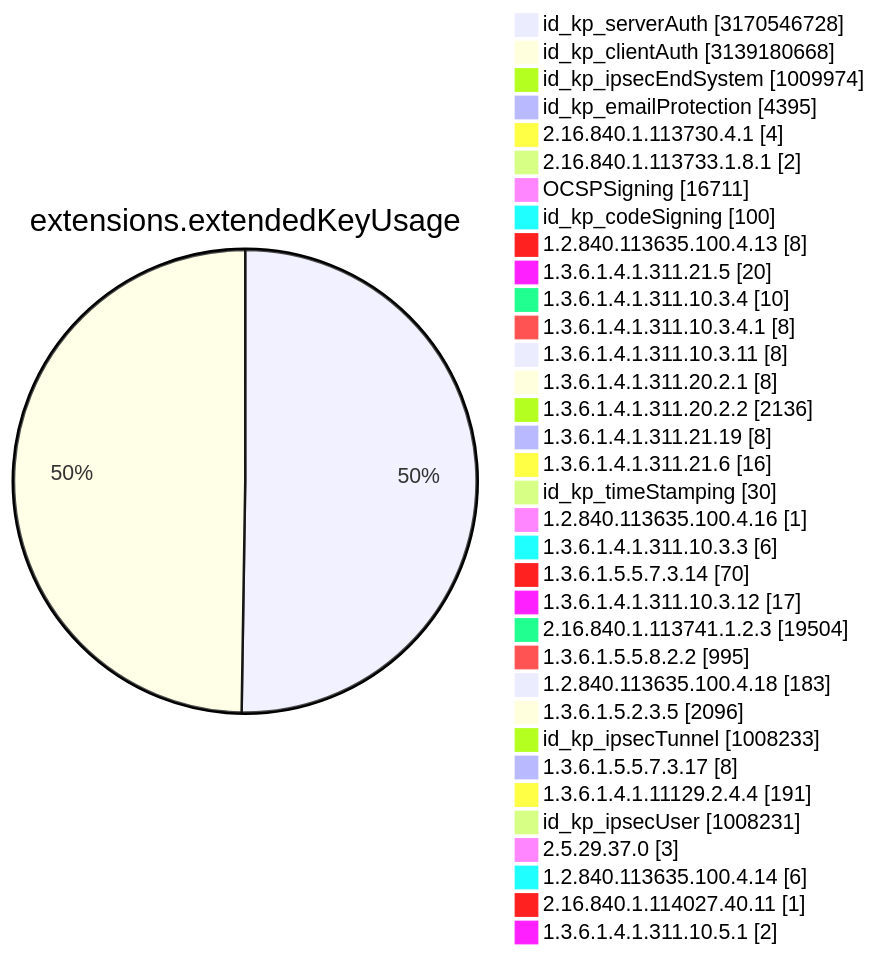
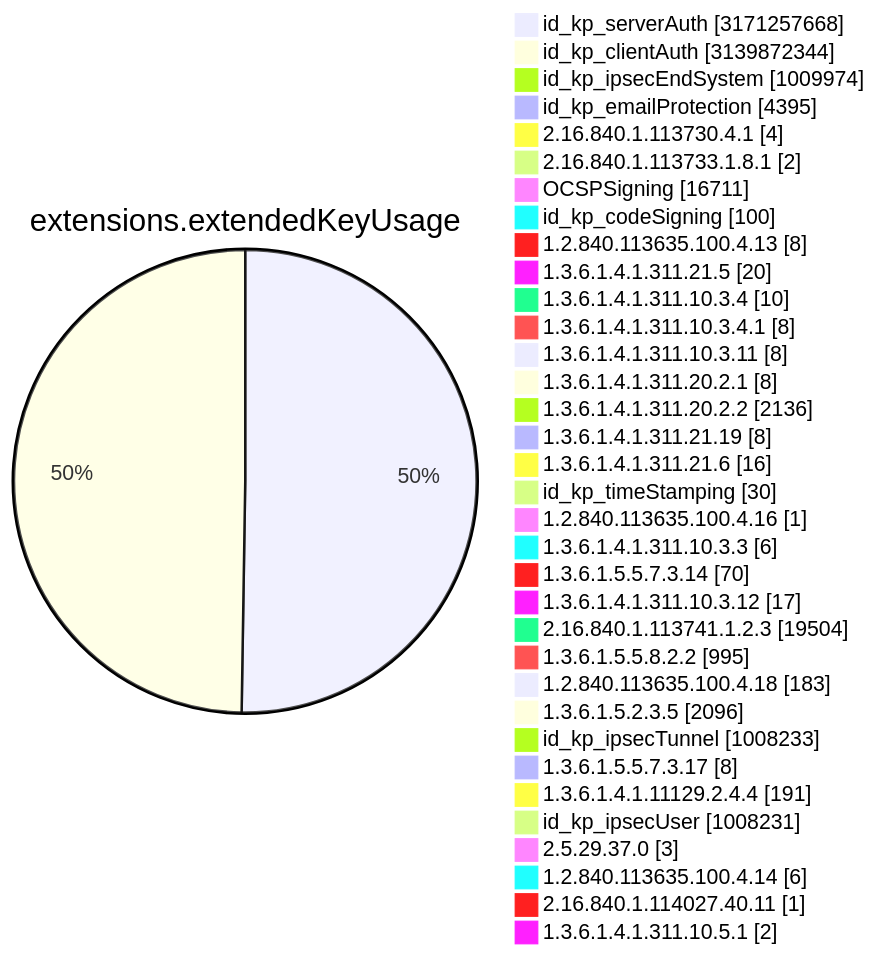
Before and after one commit to christiankrug/ctmonitor_visualization: diagram 11 of 15 in TOTAL/README.md, drawn with Mermaid. The commit also changed other lines of this file, not shown here.

````diff
--- a/TOTAL/README.md
+++ b/TOTAL/README.md
@@ -4119,38 +4119,38 @@
 ```mermaid
 pie showData
 title extensions.extendedKeyUsage
-"id_kp_serverAuth" :3170546728
-"id_kp_clientAuth" :3139180668
+"id_kp_serverAuth" :3171257668
+"id_kp_clientAuth" :3139872344
 "id_kp_ipsecEndSystem" :1009974
 "id_kp_emailProtection" :4395
 "2.16.840.1.113730.4.1" :4
 "2.16.840.1.113733.1.8.1" :2
 "OCSPSigning" :16711
 "id_kp_codeSigning" :100
 "1.2.840.113635.100.4.13" :8
 "1.3.6.1.4.1.311.21.5" :20
 "1.3.6.1.4.1.311.10.3.4" :10
 "1.3.6.1.4.1.311.10.3.4.1" :8
 "1.3.6.1.4.1.311.10.3.11" :8
 "1.3.6.1.4.1.311.20.2.1" :8
 "1.3.6.1.4.1.311.20.2.2" :2136
 "1.3.6.1.4.1.311.21.19" :8
 "1.3.6.1.4.1.311.21.6" :16
 "id_kp_timeStamping" :30
 "1.2.840.113635.100.4.16" :1
 "1.3.6.1.4.1.311.10.3.3" :6
 "1.3.6.1.5.5.7.3.14" :70
 "1.3.6.1.4.1.311.10.3.12" :17
 "2.16.840.1.113741.1.2.3" :19504
 "1.3.6.1.5.5.8.2.2" :995
 "1.2.840.113635.100.4.18" :183
 "1.3.6.1.5.2.3.5" :2096
 "id_kp_ipsecTunnel" :1008233
 "1.3.6.1.5.5.7.3.17" :8
 "1.3.6.1.4.1.11129.2.4.4" :191
 "id_kp_ipsecUser" :1008231
 "2.5.29.37.0" :3
 "1.2.840.113635.100.4.14" :6
 "2.16.840.1.114027.40.11" :1
 "1.3.6.1.4.1.311.10.5.1" :2
 ```
````
